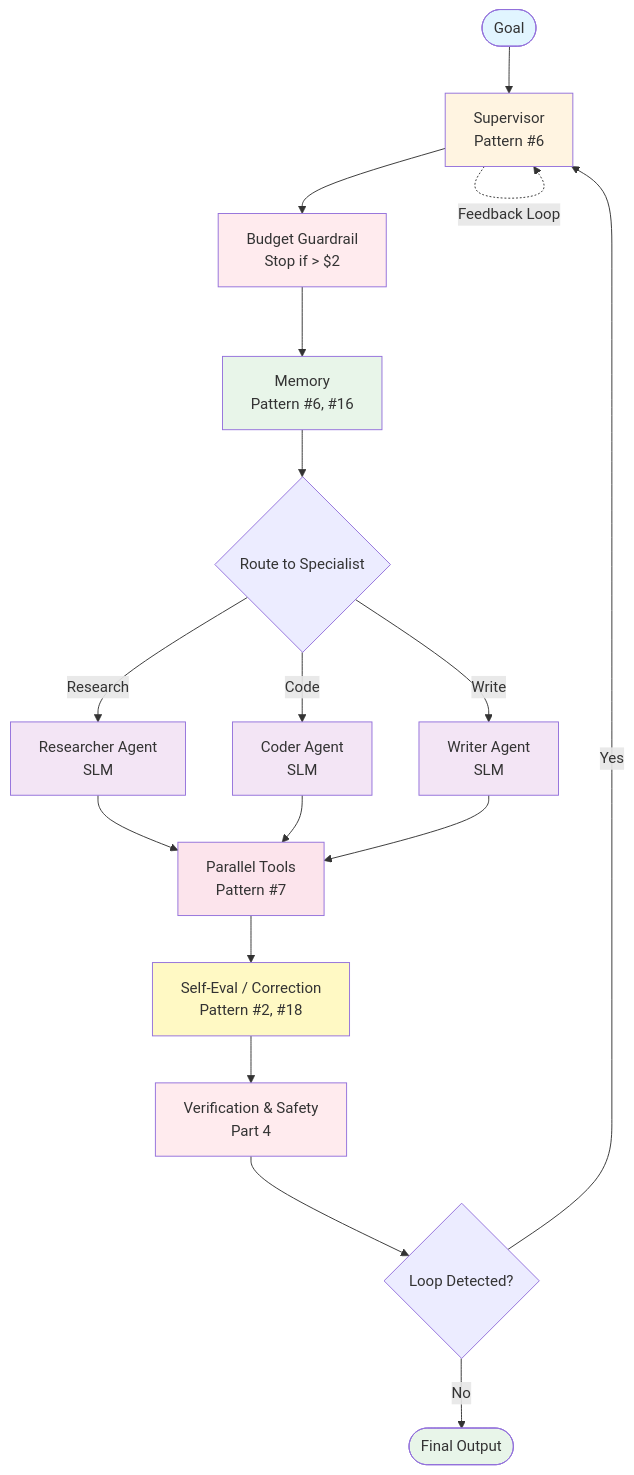
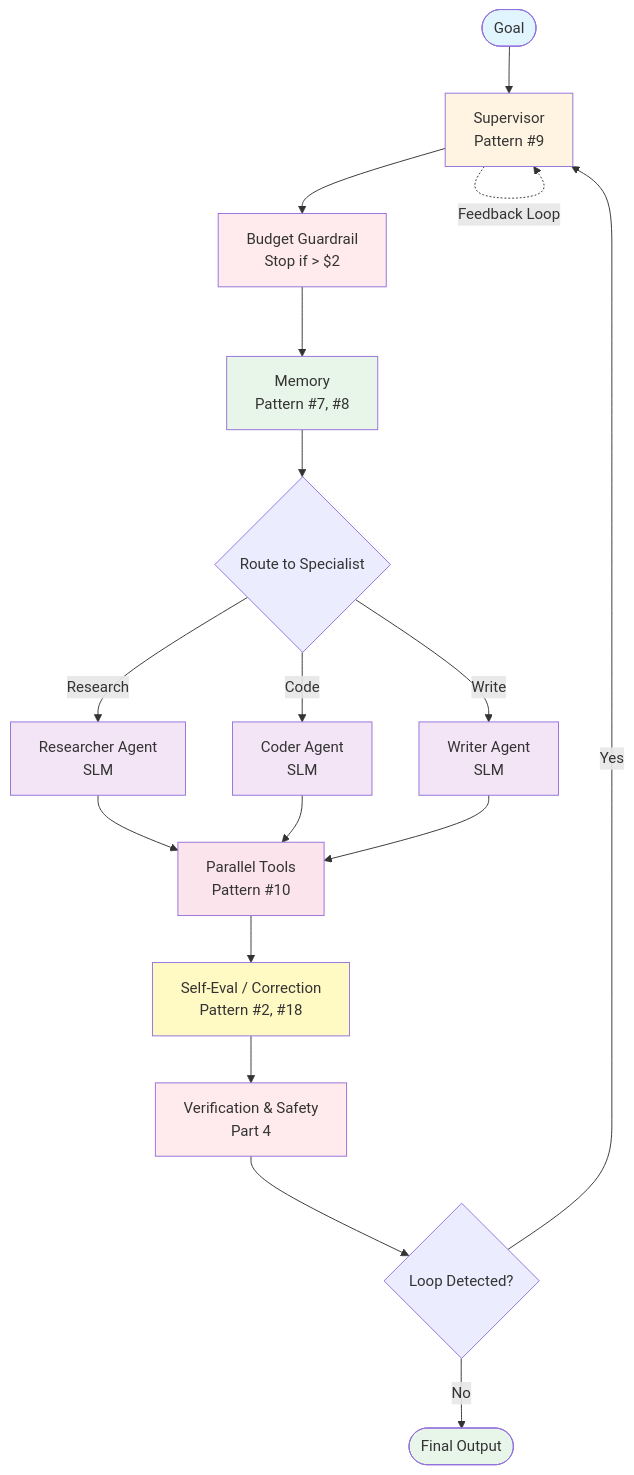
Before and after one commit to gopikrishtummala/gopikrishtummala.github.io: the first of 2 diagrams in src/data/blog/agentic-ai-design-patterns-part-5.md, drawn with Mermaid. The commit also changed other lines of this file and 6 other files, not shown here.

````diff
--- a/src/data/blog/agentic-ai-design-patterns-part-5.md
+++ b/src/data/blog/agentic-ai-design-patterns-part-5.md
@@ -73,32 +74,32 @@
 ```mermaid
 flowchart TD
-    Goal([Goal]) --> Supervisor[Supervisor<br/>Pattern #6]
+    Goal([Goal]) --> Supervisor[Supervisor<br/>Pattern #9]
     Supervisor --> Budget[Budget Guardrail<br/>Stop if > $2]
-    Budget --> Memory[Memory<br/>Pattern #6, #16]
+    Budget --> Memory[Memory<br/>Pattern #7, #8]
     Memory --> Specialist{Route to Specialist}
     Specialist -->|Research| Researcher[Researcher Agent<br/>SLM]
     Specialist -->|Code| Coder[Coder Agent<br/>SLM]
     Specialist -->|Write| Writer[Writer Agent<br/>SLM]
-    Researcher --> ParallelTools[Parallel Tools<br/>Pattern #7]
+    Researcher --> ParallelTools[Parallel Tools<br/>Pattern #10]
     Coder --> ParallelTools
     Writer --> ParallelTools
     ParallelTools --> SelfEval[Self-Eval / Correction<br/>Pattern #2, #18]
     SelfEval --> Verify[Verification & Safety<br/>Part 4]
     Verify --> LoopCheck{Loop Detected?}
     LoopCheck -->|Yes| Supervisor
     LoopCheck -->|No| Output([Final Output])
     
     Supervisor -.->|Feedback Loop| Supervisor
     
     style Goal fill:#e1f5ff
     style Supervisor fill:#fff4e1
     style Budget fill:#ffebee
     style Memory fill:#e8f5e9
     style Researcher fill:#f3e5f5
     style Coder fill:#f3e5f5
     style Writer fill:#f3e5f5
     style ParallelTools fill:#fce4ec
     style SelfEval fill:#fff9c4
     style Verify fill:#ffebee
     style Output fill:#e8f5e9
 ```
````
